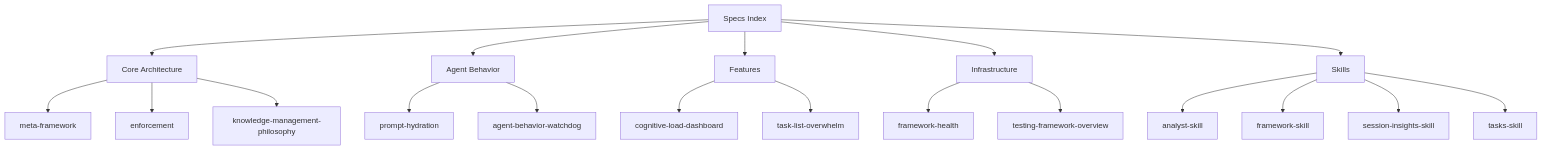
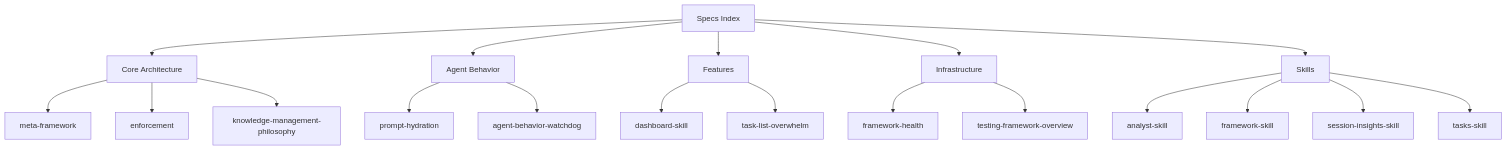
Before and after one commit to nicsuzor/academicOps: the diagram in specs/specs.md, drawn with Mermaid. The commit also changed other lines of this file and 9 other files, not shown here.

````diff
--- a/specs/specs.md
+++ b/specs/specs.md
@@ -14,26 +14,26 @@
 ```mermaid
 graph TD
     A[Specs Index] --> B[Core Architecture]
     A --> C[Agent Behavior]
     A --> D[Features]
     A --> E[Infrastructure]
     A --> F[Skills]
 
     B --> B1[meta-framework]
     B --> B2[enforcement]
     B --> B3[knowledge-management-philosophy]
 
     C --> C1[prompt-hydration]
     C --> C2[agent-behavior-watchdog]
 
-    D --> D1[cognitive-load-dashboard]
+    D --> D1[dashboard-skill]
     D --> D2[task-list-overwhelm]
 
     E --> E1[framework-health]
     E --> E2[testing-framework-overview]
 
     F --> F1[analyst-skill]
     F --> F2[framework-skill]
     F --> F3[session-insights-skill]
     F --> F4[tasks-skill]
 ```
````
